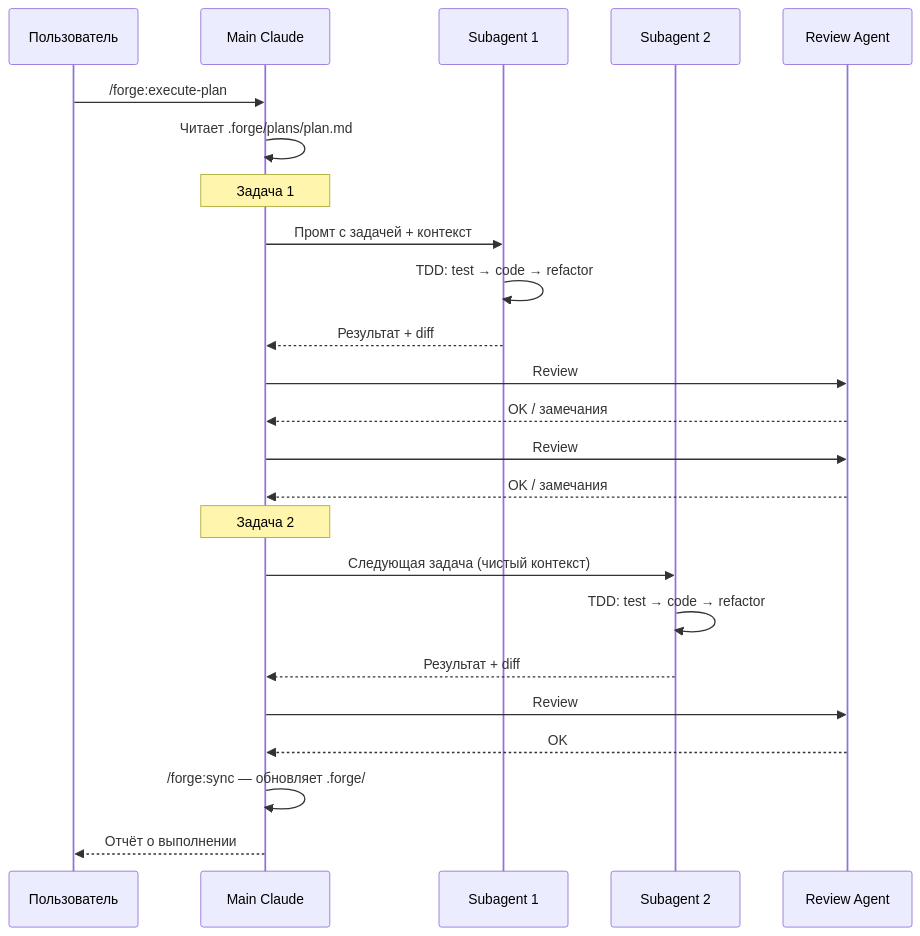
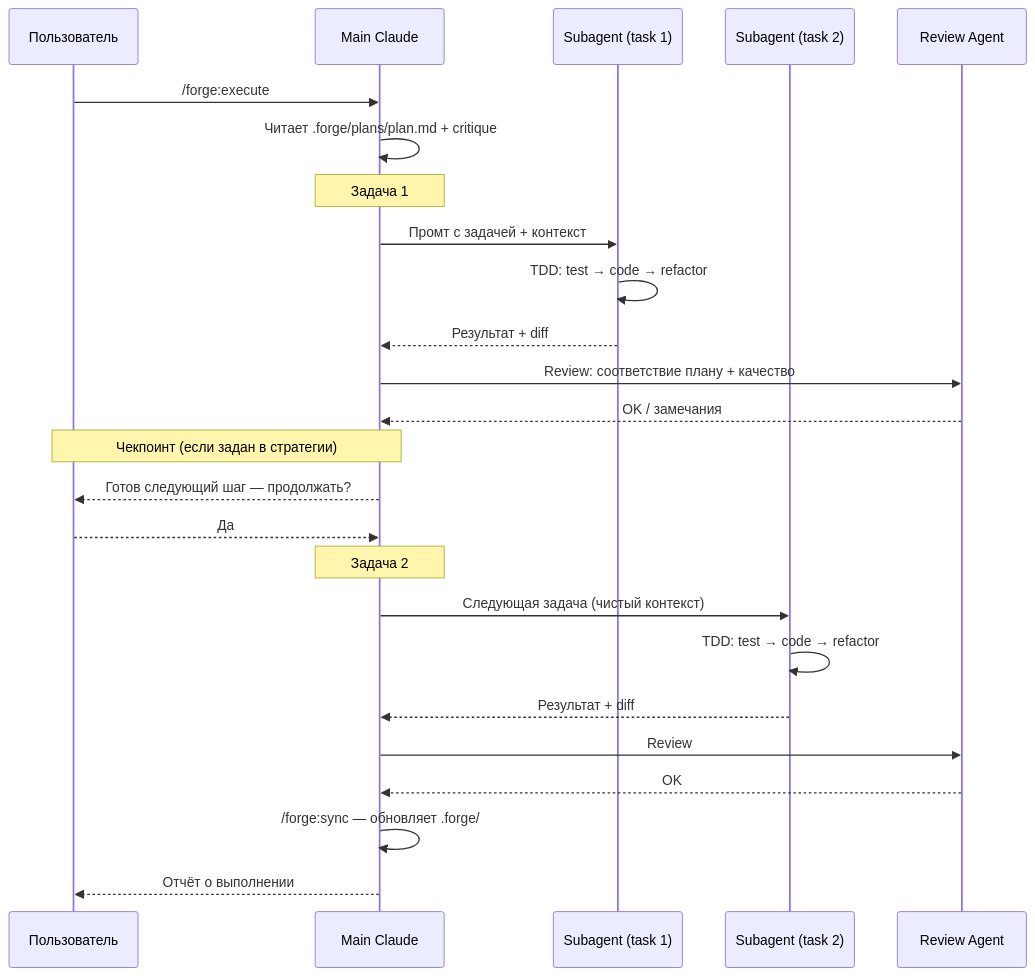
Before and after one commit to anton-ai5010/forge: the fourth of 5 diagrams in forge-plugin/docs/forge-runtime-flow.md, drawn with Mermaid. The commit also changed other lines of this file and 47 other files, not shown here.

First line of the commit message:
feat: redesign dev pipeline as 4 phases (new-task → plan → critique → execute)

````diff
--- a/forge-plugin/docs/forge-runtime-flow.md
+++ b/forge-plugin/docs/forge-runtime-flow.md
@@ -106,32 +119,34 @@
 ```mermaid
 sequenceDiagram
     participant U as Пользователь
     participant M as Main Claude
-    participant S1 as Subagent 1
-    participant S2 as Subagent 2
+    participant S1 as Subagent (task 1)
+    participant S2 as Subagent (task 2)
     participant R as Review Agent
 
-    U->>M: /forge:execute-plan
-    M->>M: Читает .forge/plans/plan.md
+    U->>M: /forge:execute
+    M->>M: Читает .forge/plans/plan.md + critique
     
     Note over M: Задача 1
     M->>S1: Промт с задачей + контекст
     S1->>S1: TDD: test → code → refactor
     S1-->>M: Результат + diff
 
-    M->>R: Review #1: соответствие спеке
+    M->>R: Review: соответствие плану + качество
     R-->>M: OK / замечания
-    M->>R: Review #2: качество кода
-    R-->>M: OK / замечания
-    
+
+    Note over M,U: Чекпоинт (если задан в стратегии)
+    M-->>U: Готов следующий шаг — продолжать?
+    U-->>M: Да
+
     Note over M: Задача 2
     M->>S2: Следующая задача (чистый контекст)
     S2->>S2: TDD: test → code → refactor
     S2-->>M: Результат + diff
 
-    M->>R: Review #1 + #2
+    M->>R: Review
     R-->>M: OK
 
     M->>M: /forge:sync — обновляет .forge/
     M-->>U: Отчёт о выполнении
 ```
````
